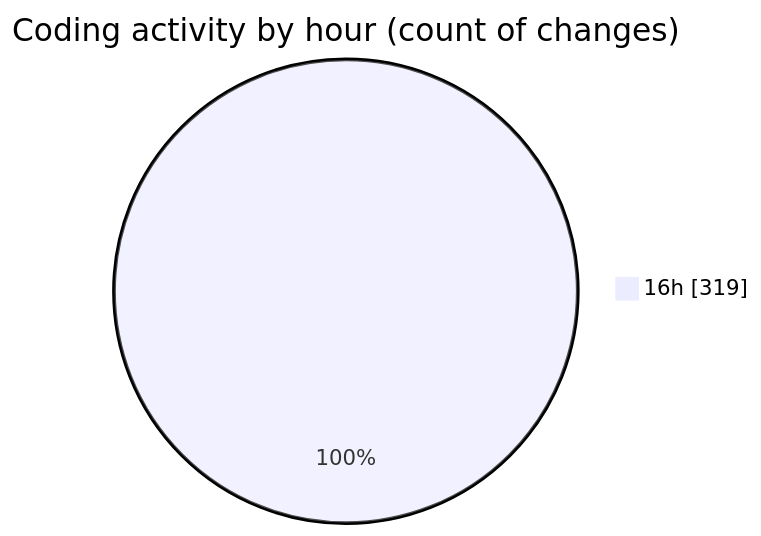
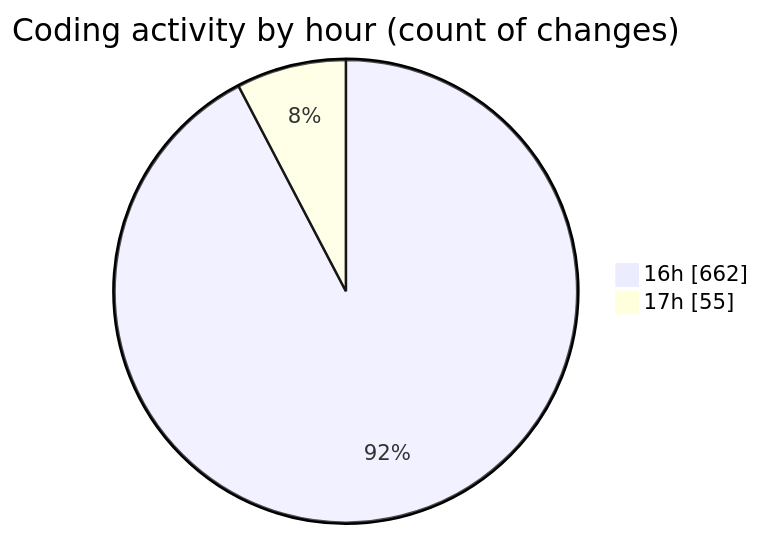
Before and after one commit to nxtqubesakshisongat/code-tracking: the second of 2 diagrams in 2025-04-11/nxtqube_webapp/README.md, drawn with Mermaid. The commit also changed other lines of this file and 1 other file, not shown here.

````diff
--- a/2025-04-11/nxtqube_webapp/README.md
+++ b/2025-04-11/nxtqube_webapp/README.md
@@ -33,5 +33,6 @@
 ```mermaid
 pie showData
 title Coding activity by hour (count of changes)
-"16h" : 319
+"16h" : 662
+"17h" : 55
 ```
````
